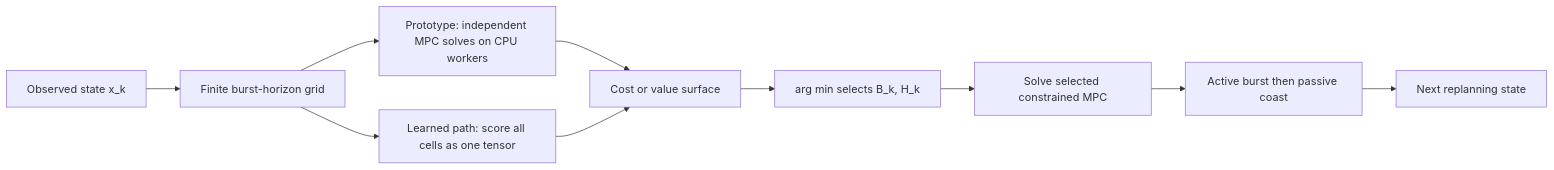
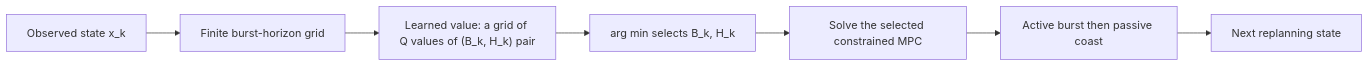
One commit to VictorWuyueXia/Burst-Coast-MPC changed the diagram in docs/801-presentation.md. Above: the diagram before and after it, drawn with Mermaid. The commit also changed other lines of this file and 3 other files, not shown here.

````diff
--- a/docs/801-presentation.md
+++ b/docs/801-presentation.md
@@ -101,12 +93,9 @@
 ```mermaid
 flowchart LR
     X["Observed state x_k"] --> G["Finite burst-horizon grid"]
-    G --> P["Prototype: independent MPC solves on CPU workers"]
-    G --> T["Learned path: score all cells as one tensor"]
-    P --> C["Cost or value surface"]
-    T --> C
-    C --> A["arg min selects B_k, H_k"]
-    A --> M["Solve selected constrained MPC"]
+    G --> T["Learned value: a grid of Q values of (B_k, H_k) pair"]
+    T --> A["arg min selects B_k, H_k"]
+    A --> M["Solve the selected constrained MPC"]
     M --> E["Active burst then passive coast"]
     E --> XN["Next replanning state"]
 ```
````
